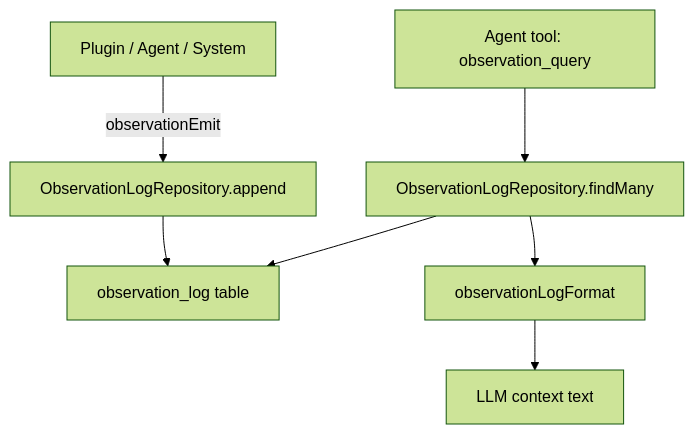
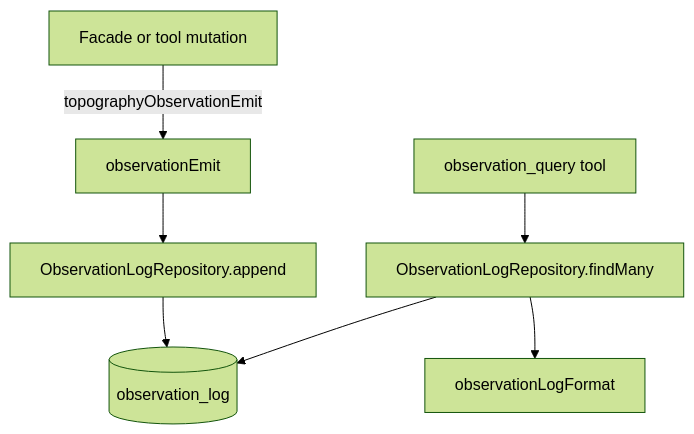
The diagram in packages/daycare/sources/engine/observations/README.md (ex3ndr/daycare), drawn with Mermaid (forest theme) before and after one commit. The commit also changed other lines of this file and 52 other files, not shown here.

Commit message:
feat(daycare): emit topography observation events

````diff
--- a/packages/daycare/sources/engine/observations/README.md
+++ b/packages/daycare/sources/engine/observations/README.md
@@ -55,9 +109,9 @@
 ```mermaid
 graph TD
-    A[Plugin / Agent / System] -->|observationEmit| B[ObservationLogRepository.append]
-    B --> C[observation_log table]
-    E[Agent tool: observation_query] --> F[ObservationLogRepository.findMany]
-    F --> C
+    A[Facade or tool mutation] -->|topographyObservationEmit| B[observationEmit]
+    B --> C[ObservationLogRepository.append]
+    C --> D[(observation_log)]
+    E[observation_query tool] --> F[ObservationLogRepository.findMany]
+    F --> D
     F --> G[observationLogFormat]
-    G --> H[LLM context text]
 ```
````
